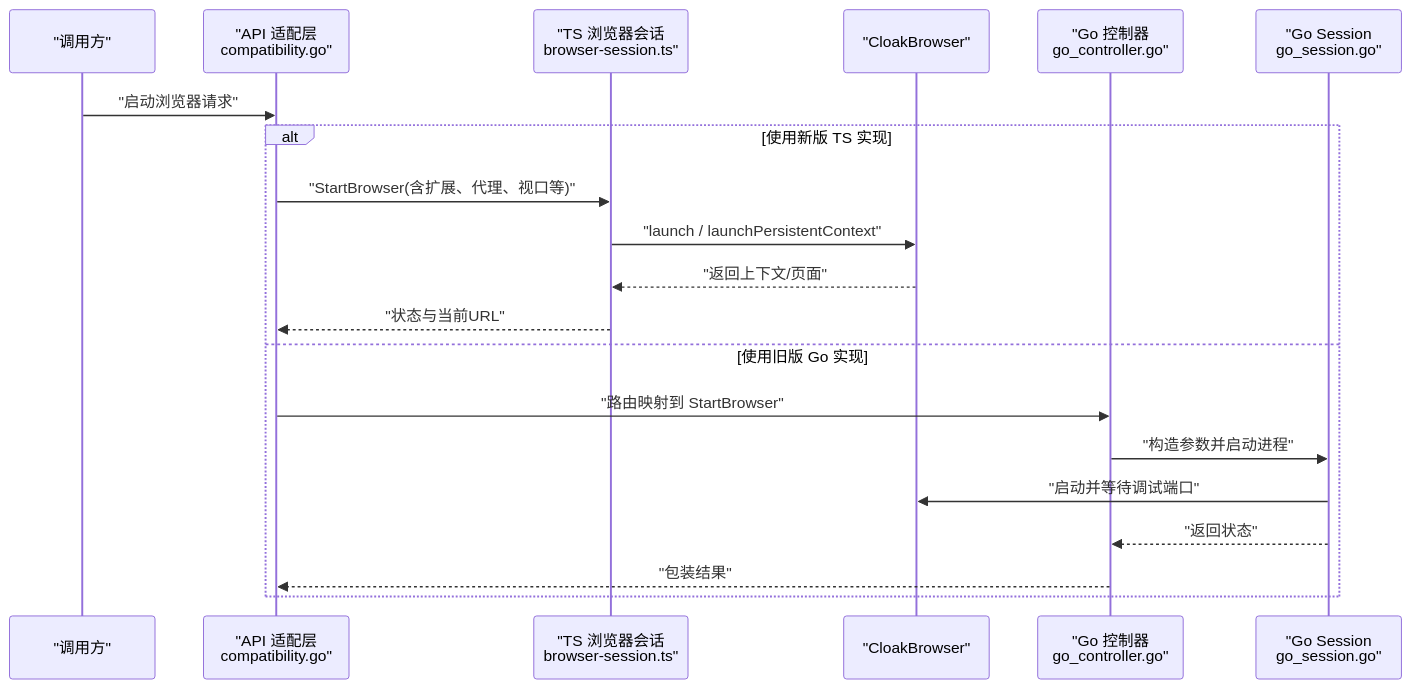
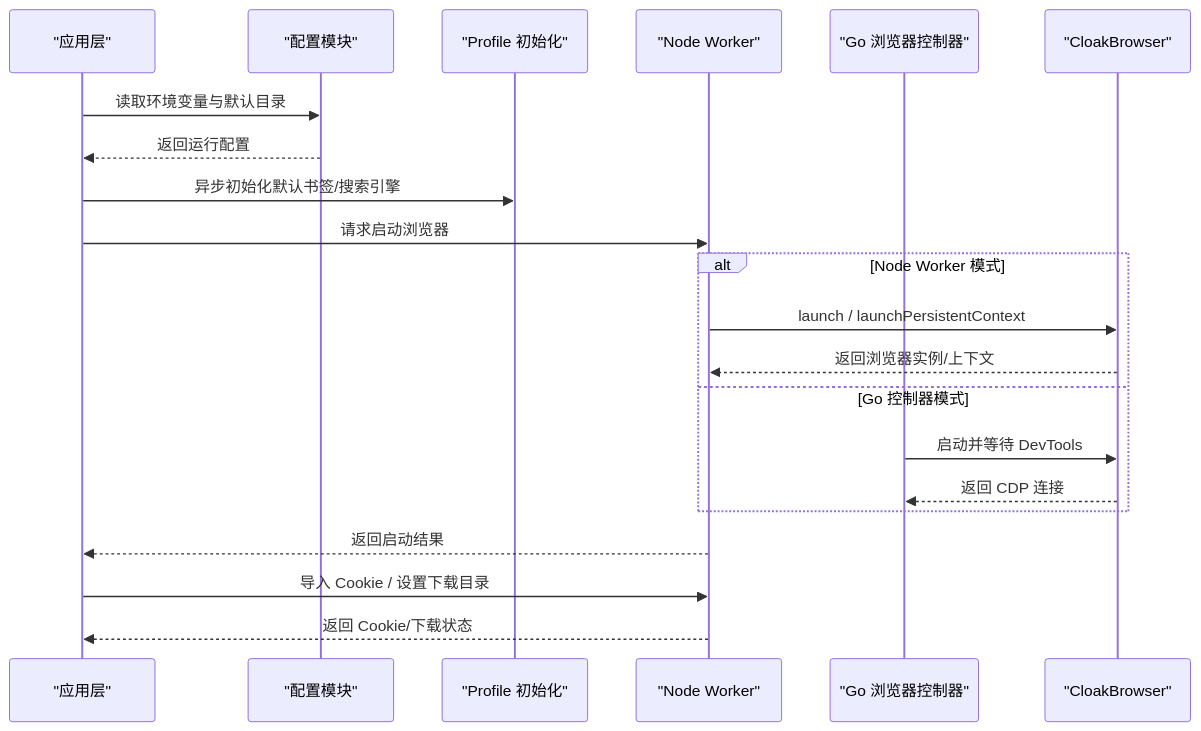
The second of 8 diagrams in .qoder/repowiki/zh/content/本地执行器/浏览器自动化/浏览器配置管理.md (alvinwangzi/goodhr), drawn with Mermaid before and after one commit. The commit also changed other lines of this file and 149 other files, not shown here.

````diff
--- a/.qoder/repowiki/zh/content/本地执行器/浏览器自动化/浏览器配置管理.md
+++ b/.qoder/repowiki/zh/content/本地执行器/浏览器自动化/浏览器配置管理.md
@@ -110,22 +85,23 @@
 ```mermaid
 sequenceDiagram
-participant Client as "调用方"
-participant API as "API 适配层<br/>compatibility.go"
-participant TS as "TS 浏览器会话<br/>browser-session.ts"
+participant App as "应用层"
+participant Config as "配置模块"
+participant Prof as "Profile 初始化"
+participant Worker as "Node Worker"
+participant GoCtrl as "Go 浏览器控制器"
 participant CB as "CloakBrowser"
-participant GO as "Go 控制器<br/>go_controller.go"
-participant GS as "Go Session<br/>go_session.go"
-Client->>API : "启动浏览器请求"
-alt 使用新版 TS 实现
-API->>TS : "StartBrowser(含扩展、代理、视口等)"
-TS->>CB : "launch / launchPersistentContext"
-CB-->>TS : "返回上下文/页面"
-TS-->>API : "状态与当前URL"
-else 使用旧版 Go 实现
-API->>GO : "路由映射到 StartBrowser"
-GO->>GS : "构造参数并启动进程"
-GS->>CB : "启动并等待调试端口"
-GS-->>GO : "返回状态"
-GO-->>API : "包装结果"
+App->>Config : 读取环境变量与默认目录
+Config-->>App : 返回运行配置
+App->>Prof : 异步初始化默认书签/搜索引擎
+App->>Worker : 请求启动浏览器
+alt Node Worker 模式
+Worker->>CB : launch / launchPersistentContext
+CB-->>Worker : 返回浏览器实例/上下文
+else Go 控制器模式
+GoCtrl->>CB : 启动并等待 DevTools
+CB-->>GoCtrl : 返回 CDP 连接
 end
+Worker-->>App : 返回启动结果
+App->>Worker : 导入 Cookie / 设置下载目录
+Worker-->>App : 返回 Cookie/下载状态
 ```
````
